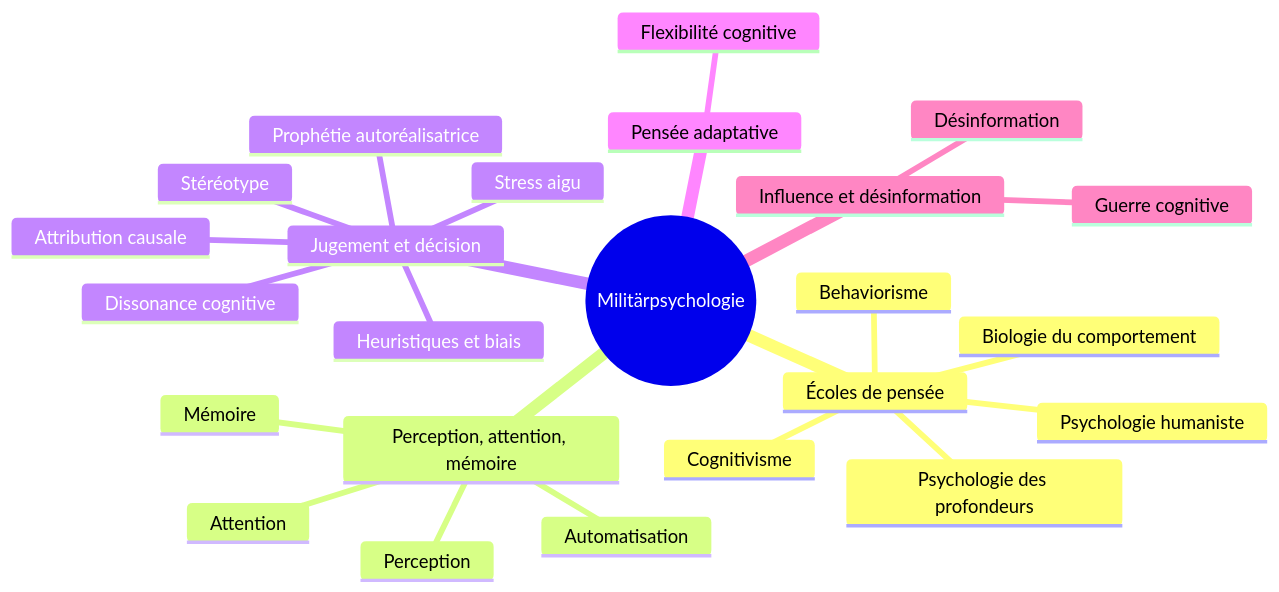
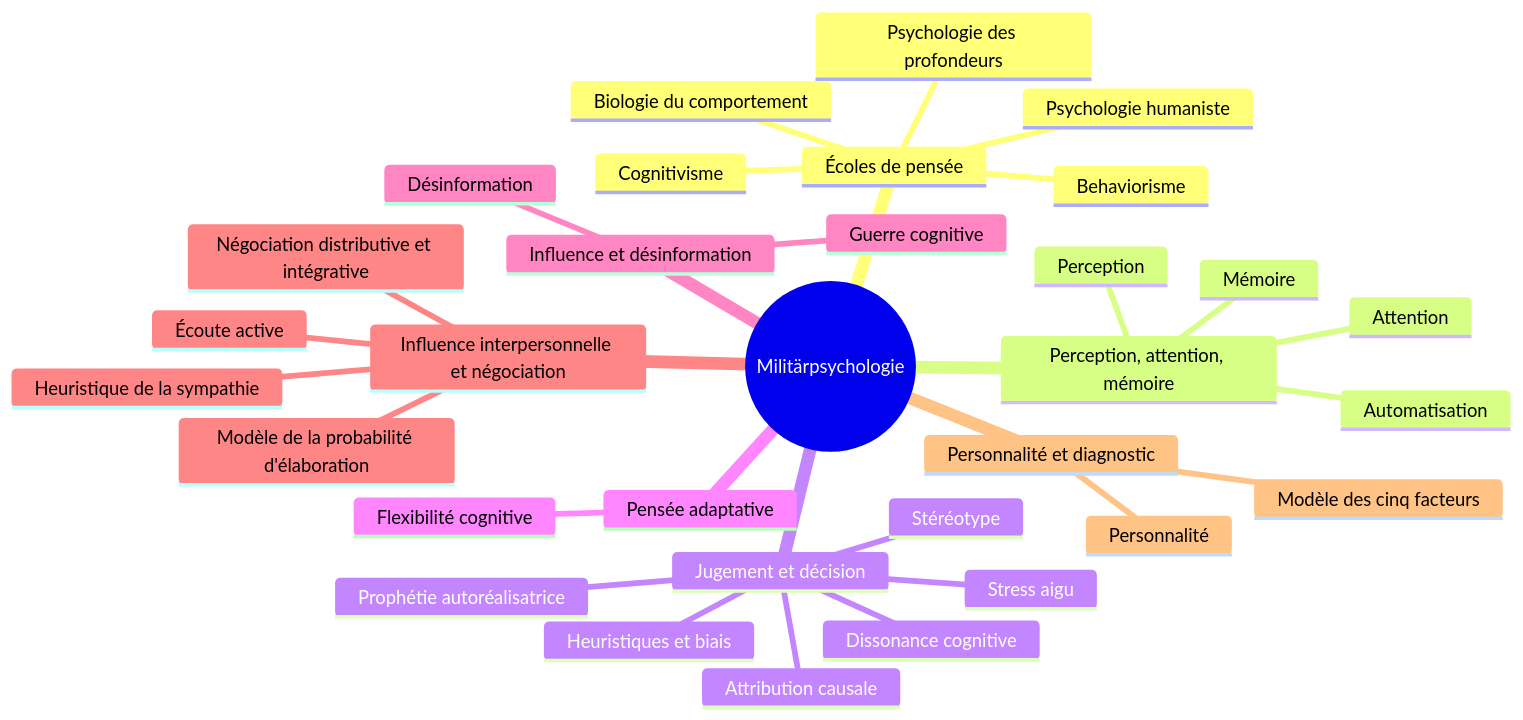
Before and after one commit to aidraxowl/NEXUS: the diagram in NEXUS/09-Learning/Course-Maps/HS26 - Militärpsychologie und -pädagogik.md, drawn with Mermaid. The commit also changed other lines of this file and 241 other files, not shown here.

````diff
--- a/NEXUS/09-Learning/Course-Maps/HS26 - Militärpsychologie und -pädagogik.md
+++ b/NEXUS/09-Learning/Course-Maps/HS26 - Militärpsychologie und -pädagogik.md
@@ -22,27 +22,35 @@
 ```mermaid
 mindmap
   root((Militärpsychologie))
     Écoles de pensée
       Psychologie des profondeurs
       Behaviorisme
       Biologie du comportement
       Psychologie humaniste
       Cognitivisme
     Perception, attention, mémoire
       Perception
       Attention
       Automatisation
       Mémoire
     Jugement et décision
       Heuristiques et biais
       Attribution causale
       Dissonance cognitive
       Stéréotype
       Prophétie autoréalisatrice
       Stress aigu
     Pensée adaptative
       Flexibilité cognitive
     Influence et désinformation
       Guerre cognitive
       Désinformation
+    Influence interpersonnelle et négociation
+      Modèle de la probabilité d'élaboration
+      Heuristique de la sympathie
+      Écoute active
+      Négociation distributive et intégrative
+    Personnalité et diagnostic
+      Personnalité
+      Modèle des cinq facteurs
 ```
````
